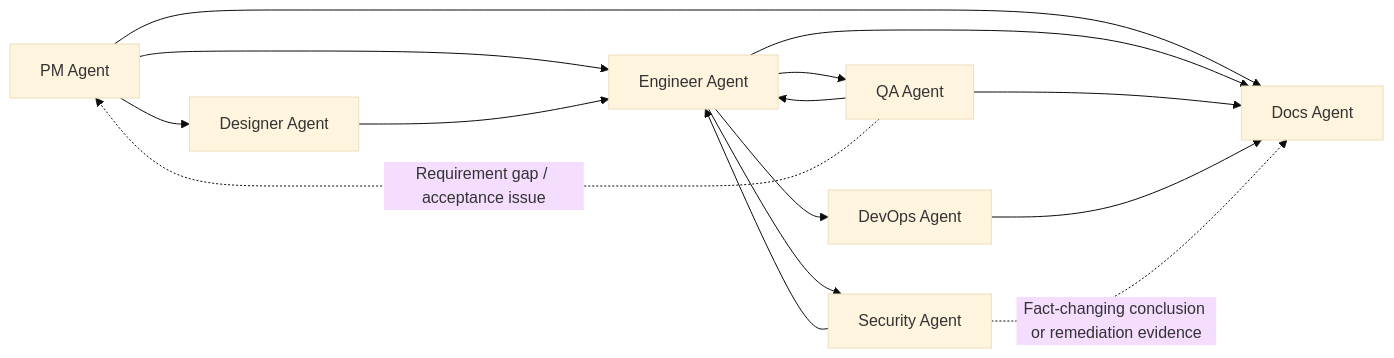
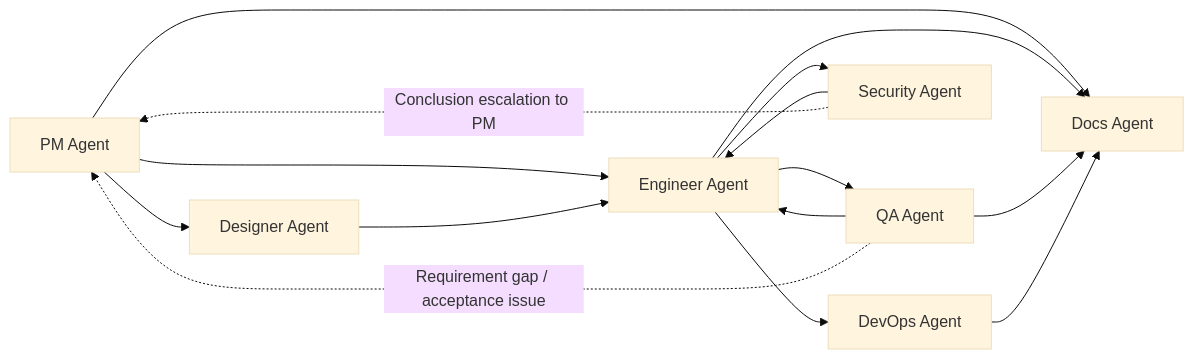
Before and after one commit to Neplich/dev-agent-skills: the diagram in README.md, drawn with Mermaid (base theme). The commit also changed 51 other files, not shown here.

````diff
--- a/README.md
+++ b/README.md
@@ -99,17 +99,17 @@
 ```mermaid
 flowchart LR
     PM["PM Agent"] --> Designer["Designer Agent"]
     PM --> Engineer["Engineer Agent"]
     Designer --> Engineer
     Engineer --> QA["QA Agent"]
     QA --> Engineer
     QA -. "Requirement gap / acceptance issue" .-> PM
     Engineer --> DevOps["DevOps Agent"]
     Engineer --> Security["Security Agent"]
     Security --> Engineer
     PM --> Docs["Docs Agent"]
     Engineer --> Docs
     QA --> Docs
     DevOps --> Docs
-    Security -. "Fact-changing conclusion or remediation evidence" .-> Docs
+    Security -. "Conclusion escalation to PM" .-> PM
 ```
````
